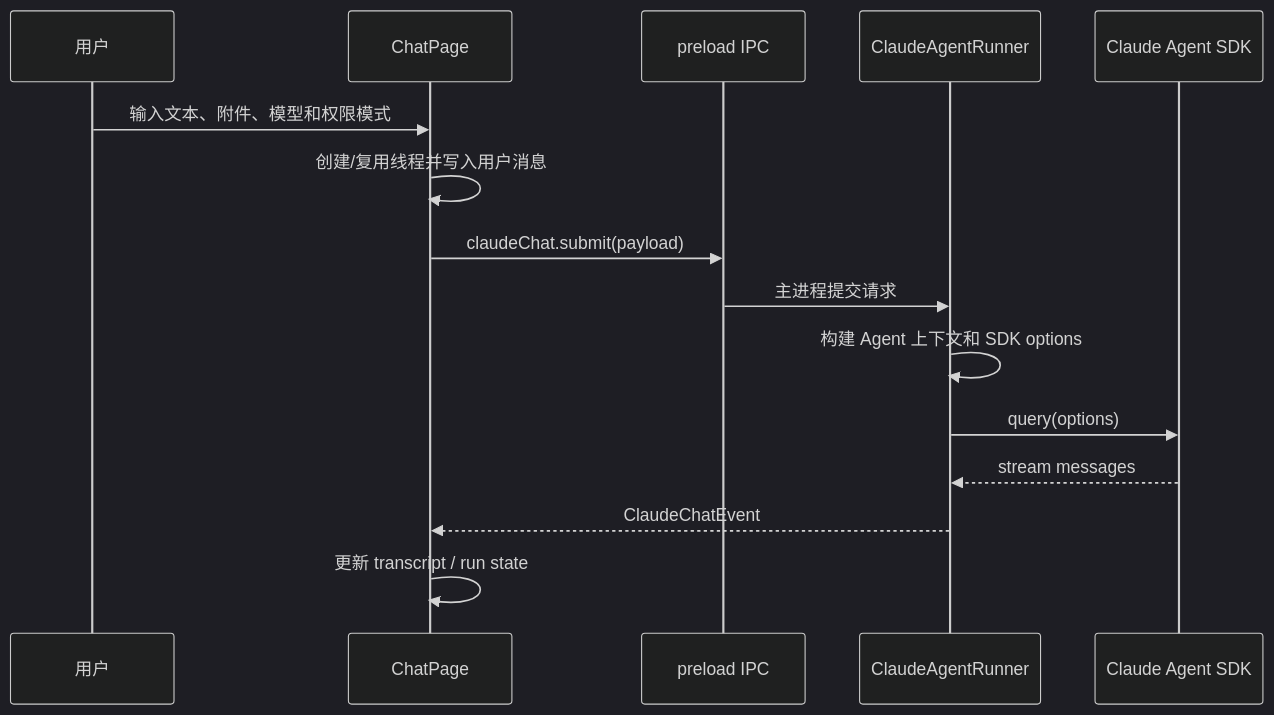
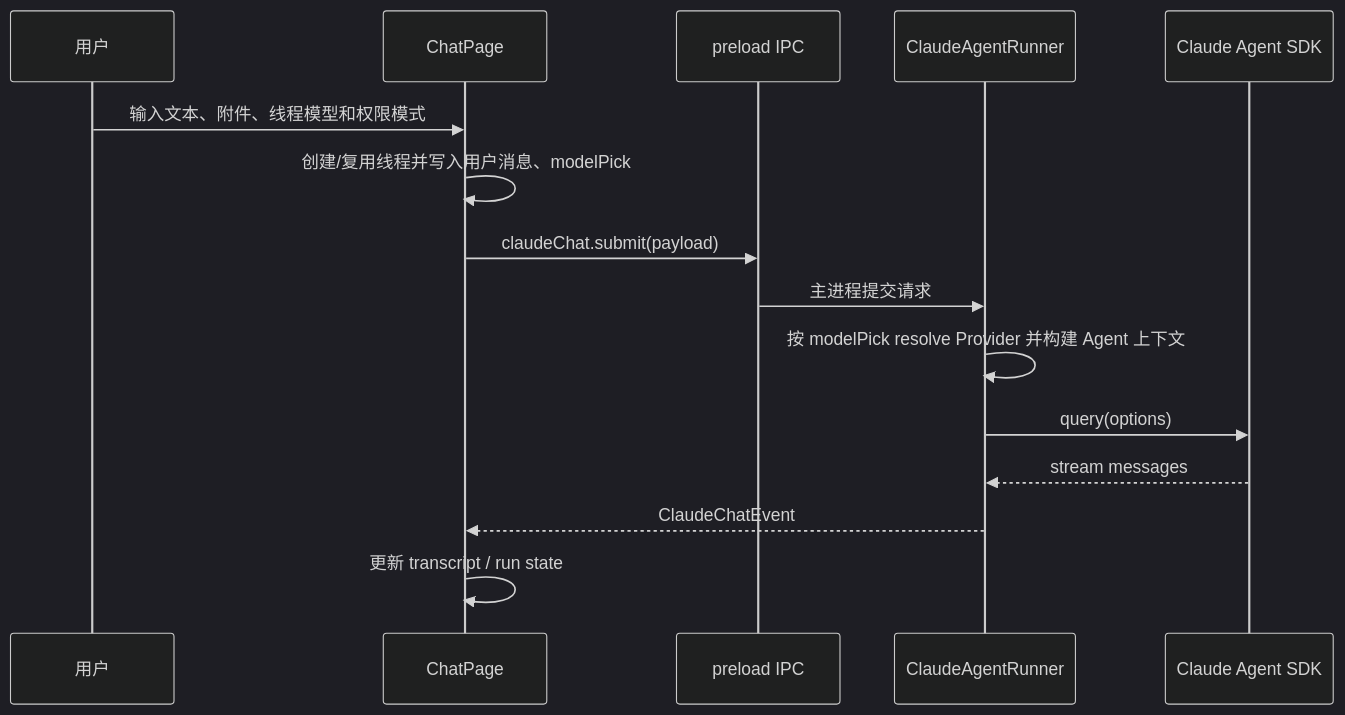
Before and after one commit to xue160709/AgentOS-Template: the first of 2 diagrams in prd/chat-agent-runtime.md, drawn with Mermaid (dark theme). The commit also changed other lines of this file and 27 other files, not shown here.

Commit message:
Add per-thread model picks and Agent Skills model overrides

````diff
--- a/prd/chat-agent-runtime.md
+++ b/prd/chat-agent-runtime.md
@@ -152,18 +162,18 @@
 ```mermaid
 sequenceDiagram
   participant U as 用户
   participant CP as ChatPage
   participant IPC as preload IPC
   participant RUN as ClaudeAgentRunner
   participant SDK as Claude Agent SDK
 
-  U->>CP: 输入文本、附件、模型和权限模式
-  CP->>CP: 创建/复用线程并写入用户消息
+  U->>CP: 输入文本、附件、线程模型和权限模式
+  CP->>CP: 创建/复用线程并写入用户消息、modelPick
   CP->>IPC: claudeChat.submit(payload)
   IPC->>RUN: 主进程提交请求
-  RUN->>RUN: 构建 Agent 上下文和 SDK options
+  RUN->>RUN: 按 modelPick resolve Provider 并构建 Agent 上下文
   RUN->>SDK: query(options)
   SDK-->>RUN: stream messages
   RUN-->>CP: ClaudeChatEvent
   CP->>CP: 更新 transcript / run state
 ```
````
